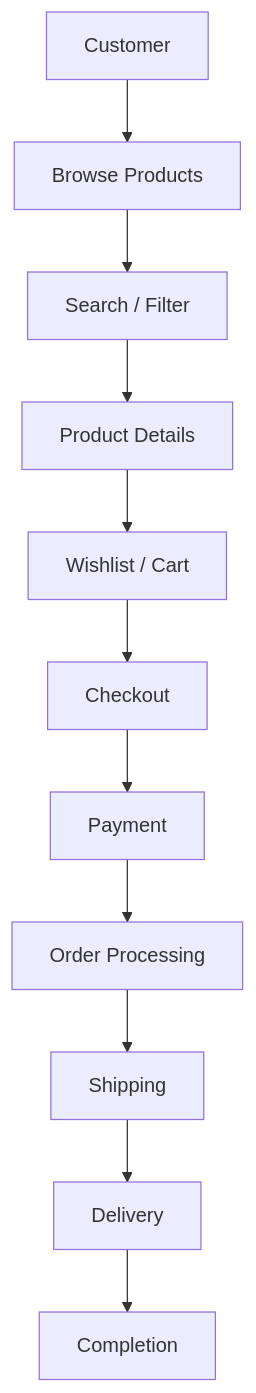
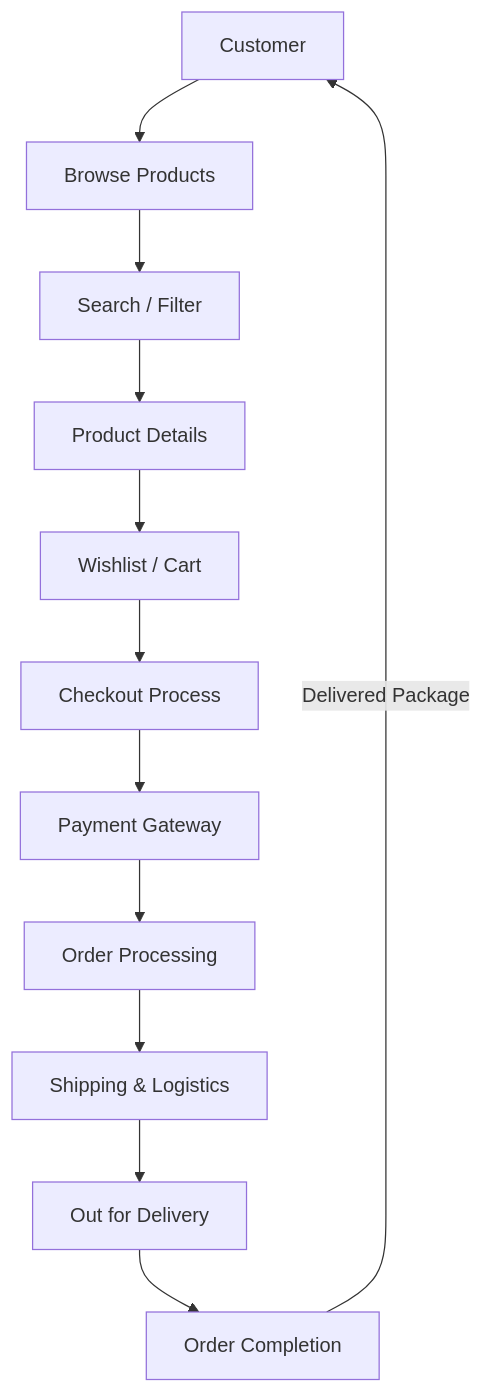
One commit to yewess97/Grace changed the diagram in docs/01-project-overview.md. Above: the diagram before and after it, drawn with Mermaid.

````diff
--- a/docs/01-project-overview.md
+++ b/docs/01-project-overview.md
@@ -193,26 +193,35 @@
 ```mermaid
 flowchart TD
-
+    
+    %% Nodes
     A[Customer]
     B[Browse Products]
     C[Search / Filter]
     D[Product Details]
     E[Wishlist / Cart]
-    F[Checkout]
-    G[Payment]
+    F[Checkout Process]
+    G[Payment Gateway]
     H[Order Processing]
-    I[Shipping]
-    J[Delivery]
-    K[Completion]
+    I[Shipping & Logistics]
+    J[Out for Delivery]
+    K[Order Completion]
 
+    %% Shopping Journey Flow
     A --> B
     B --> C
     C --> D
     D --> E
+
+    %% Transaction Flow
     E --> F
     F --> G
     G --> H
+
+    %% Fulfillment Flow
     H --> I
     I --> J
     J --> K
+
+    %% Return Loop to Customer
+    K -->|Delivered Package| A
 ```
````
